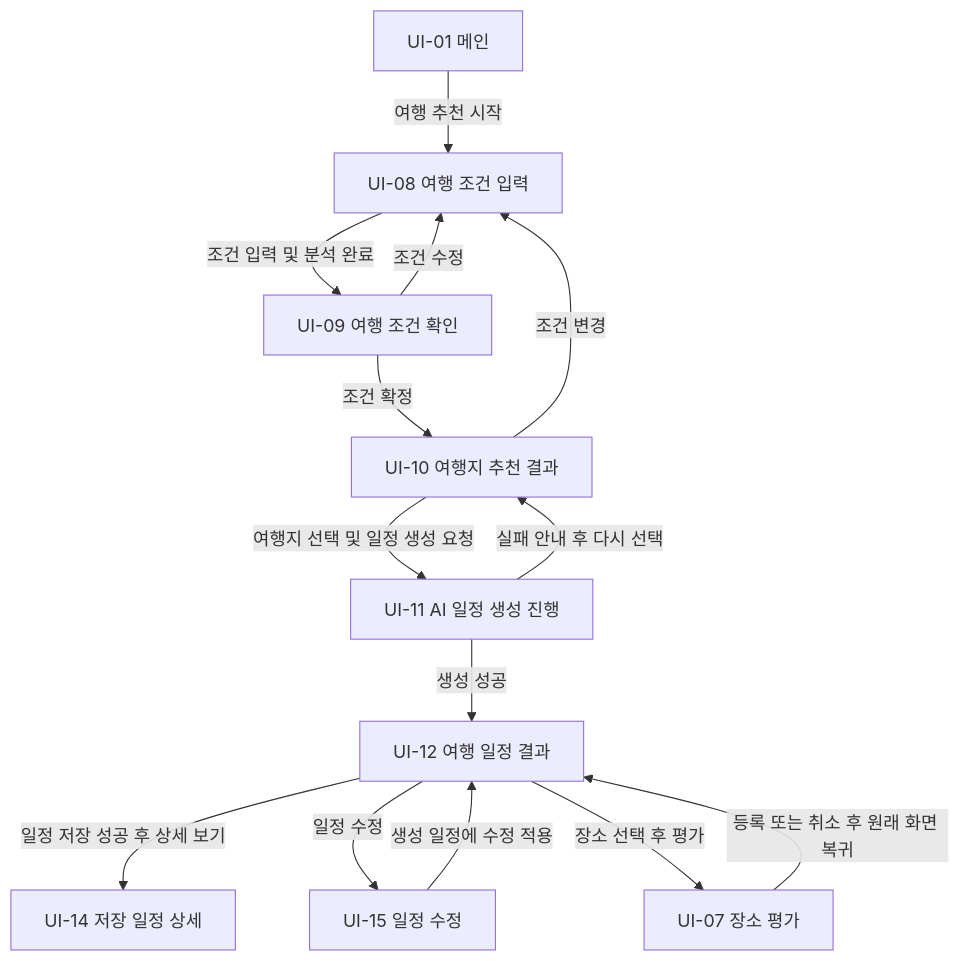
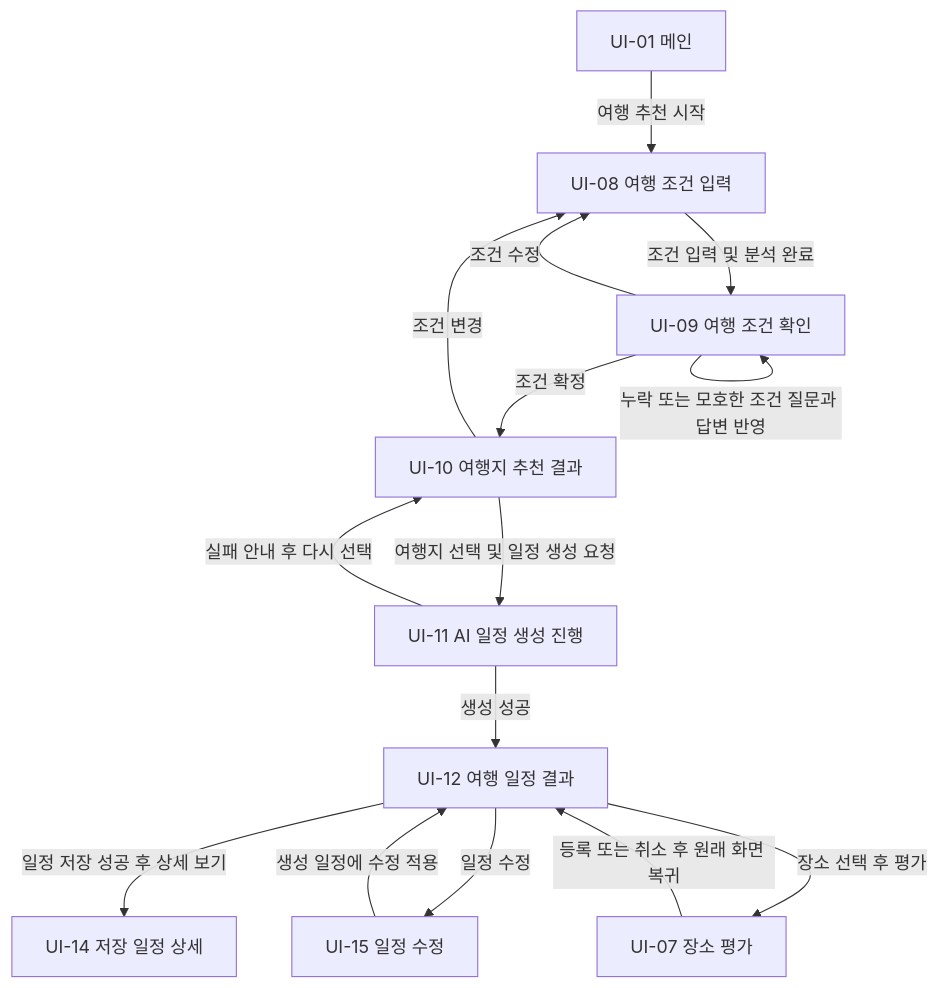
Before and after one commit to osg1230/travel_recommendation: the second of 5 diagrams in docs/screens/화면_흐름도.md, drawn with Mermaid. The commit also changed other lines of this file and 5 other files, not shown here.

````diff
--- a/docs/screens/화면_흐름도.md
+++ b/docs/screens/화면_흐름도.md
@@ -30,16 +30,17 @@
 ```mermaid
 flowchart TD
  U01["UI-01 메인"] -->|여행 추천 시작| U08["UI-08 여행 조건 입력"]
  U08 -->|조건 입력 및 분석 완료| U09["UI-09 여행 조건 확인"]
  U09 -->|조건 수정| U08
+ U09 -->|누락 또는 모호한 조건 질문과 답변 반영| U09
  U09 -->|조건 확정| U10["UI-10 여행지 추천 결과"]
  U10 -->|조건 변경| U08
  U10 -->|여행지 선택 및 일정 생성 요청| U11["UI-11 AI 일정 생성 진행"]
  U11 -->|생성 성공| U12["UI-12 여행 일정 결과"]
  U11 -->|실패 안내 후 다시 선택| U10
  U12 -->|일정 저장 성공 후 상세 보기| U14["UI-14 저장 일정 상세"]
  U12 -->|일정 수정| U15["UI-15 일정 수정"]
  U15 -->|생성 일정에 수정 적용| U12
  U12 -->|장소 선택 후 평가| U07["UI-07 장소 평가"]
  U07 -->|등록 또는 취소 후 원래 화면 복귀| U12
 ```
````
